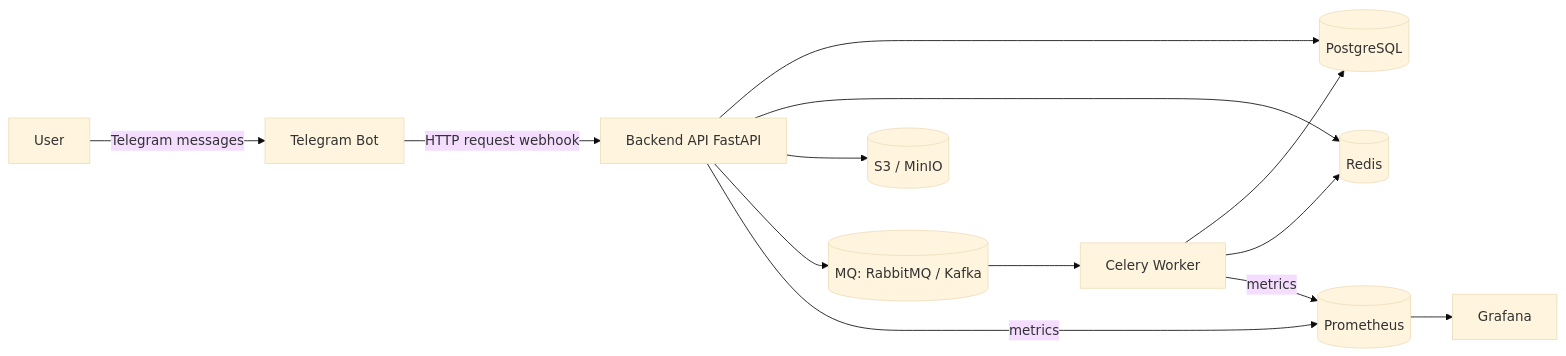
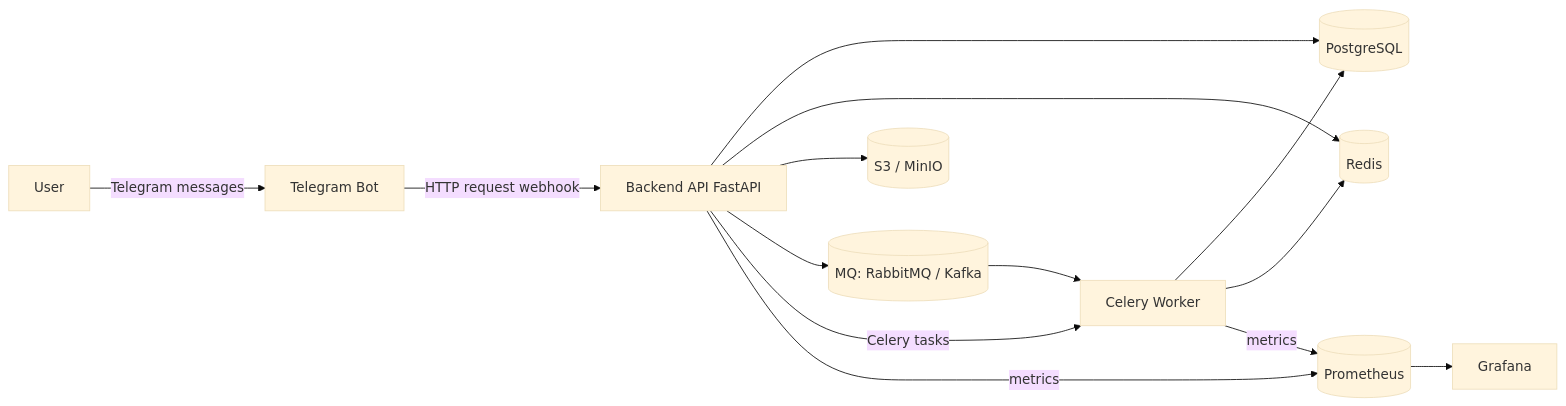
The diagram in project/docs/architecture.md (nnqnn/tech_college), drawn with Mermaid (base theme) before and after one commit. The commit also changed other lines of this file and 29 other files, not shown here.

````diff
--- a/project/docs/architecture.md
+++ b/project/docs/architecture.md
@@ -7,18 +7,19 @@
 ```mermaid
 flowchart LR
   U[User] -->|Telegram messages| TB[Telegram Bot]
   TB -->|HTTP request webhook| API[Backend API FastAPI]
 
   API --> PG[(PostgreSQL)]
   API --> RDS[(Redis)]
   API --> S3[(S3 / MinIO)]
   API --> MQ[(MQ: RabbitMQ / Kafka)]
 
   MQ --> W[Celery Worker]
+  API -->|Celery tasks| W
   W --> PG
   W --> RDS
 
   API -->|metrics| PR[(Prometheus)]
   W -->|metrics| PR
   PR --> GF[Grafana]
 ```
````
